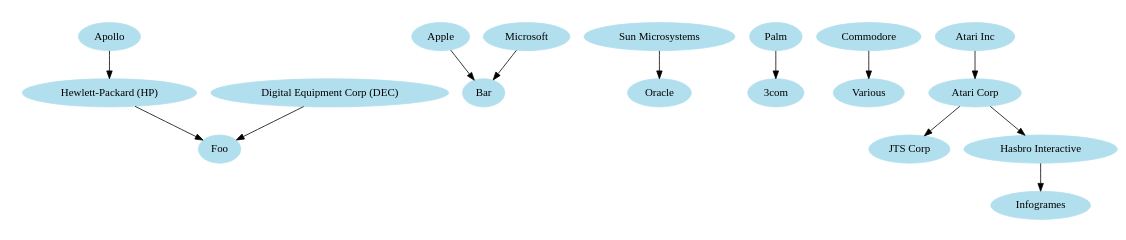
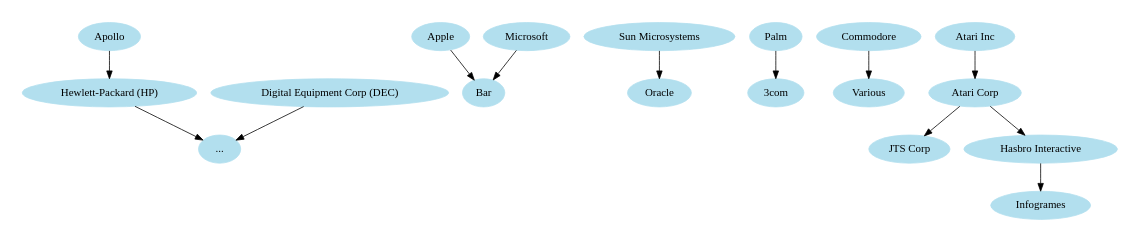
The diagram in tech-companies.dot (codejake/tech-companies-family-tree), drawn with Graphviz before and after one commit. The commit also changed 1 other file, not shown here.

```diff
--- a/tech-companies.dot
+++ b/tech-companies.dot
@@ -1,17 +1,17 @@
 digraph techcompanies {
     size="6,6";
     node [color=lightblue2, style=filled];
     "Apollo" -> "Hewlett-Packard (HP)"; /* Founded 1980, Acquired 1989 */
-    "Digital Equipment Corp (DEC)" -> "Foo";
-    "Hewlett-Packard (HP)" -> "Foo";
+    "Digital Equipment Corp (DEC)" -> "...";
+    "Hewlett-Packard (HP)" -> "...";
     "Apple" -> "Bar";
     "Microsoft" -> "Bar";
     "Sun Microsystems" -> "Oracle";
     "Palm" -> "3com";
     "Commodore" -> "Various";
     "Atari Inc" -> "Atari Corp";
     "Atari Corp" -> "JTS Corp";
     "Atari Corp" -> "Hasbro Interactive";
     "Hasbro Interactive" -> "Infogrames";
 
 }
```
